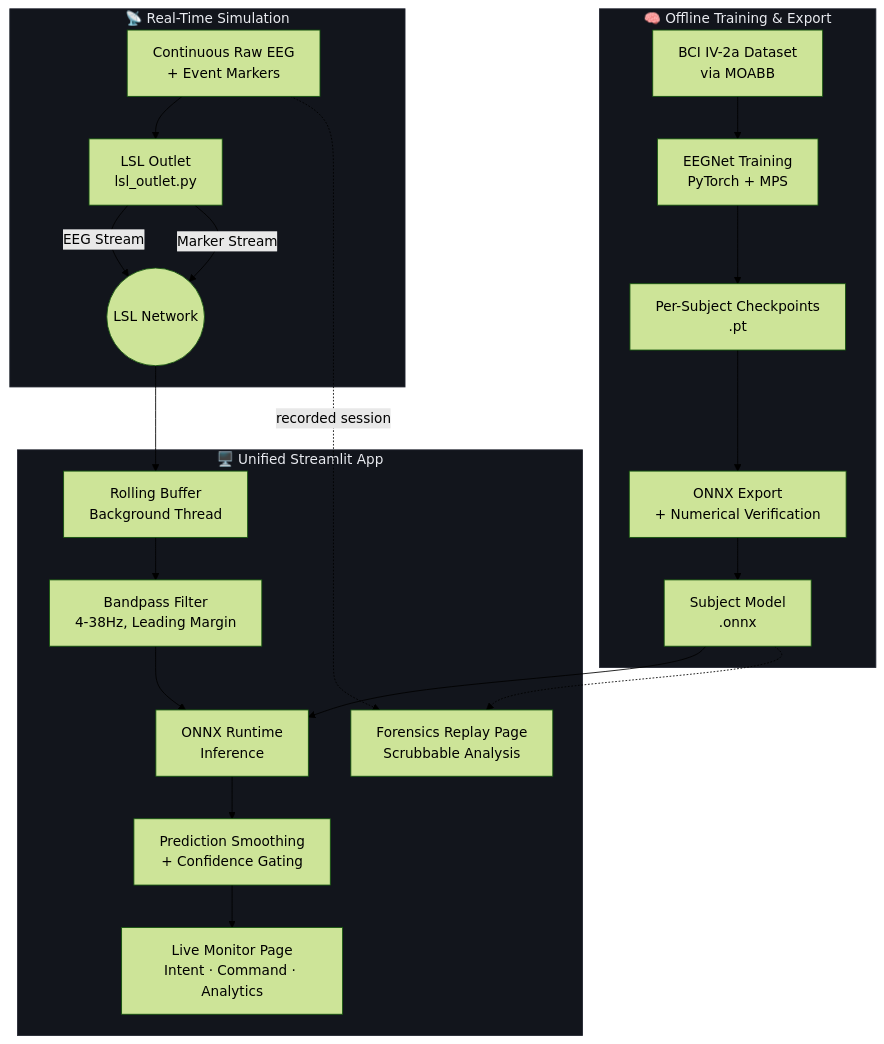
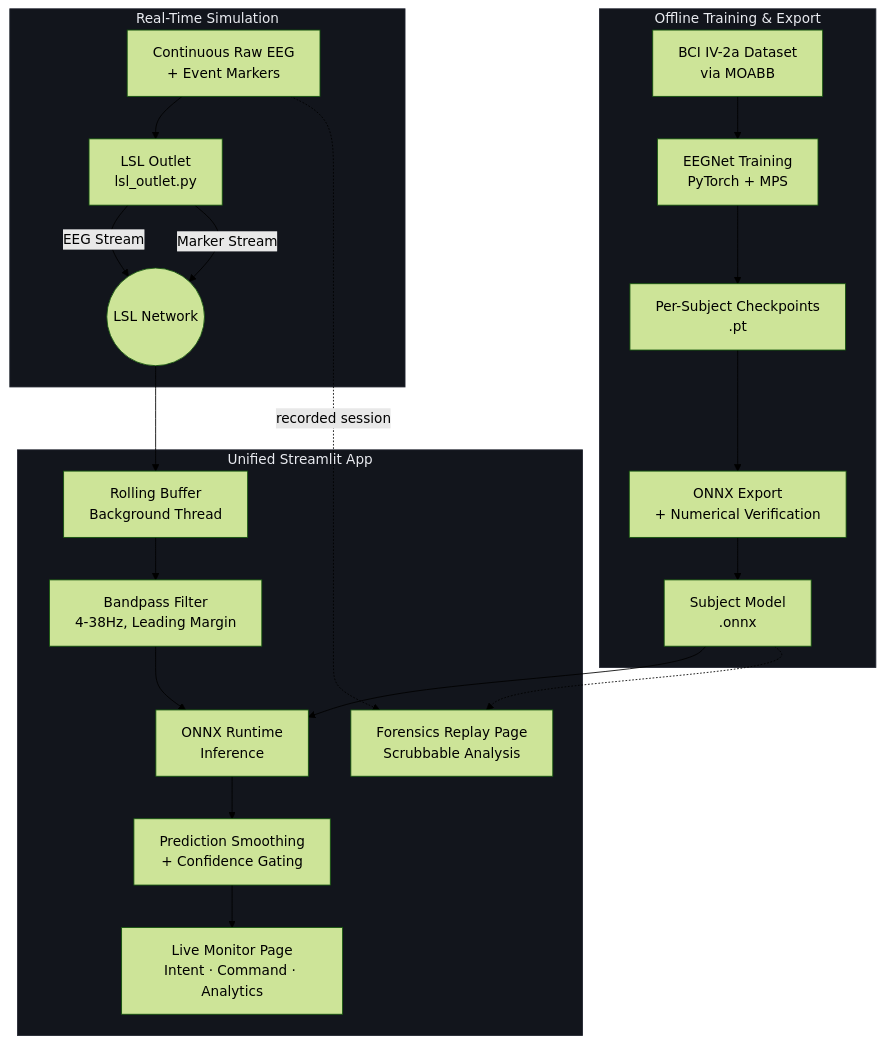
Before and after one commit to BurhanxGodhra/mi-bci-pipeline: the diagram in README.md, drawn with Mermaid (forest theme).

Commit message:
Update README with project details and badges

````diff
--- a/README.md
+++ b/README.md
@@ -26,30 +26,30 @@
 ```mermaid
 graph TD
-    subgraph Offline["🧠 Offline Training & Export"]
+    subgraph Offline["Offline Training & Export"]
         A[BCI IV-2a Dataset<br/>via MOABB] --> B[EEGNet Training<br/>PyTorch + MPS]
         B --> C[Per-Subject Checkpoints<br/>.pt]
         C --> D[ONNX Export<br/>+ Numerical Verification]
         D --> E[Subject Model<br/>.onnx]
     end
 
-    subgraph Streaming["📡 Real-Time Simulation"]
+    subgraph Streaming["Real-Time Simulation"]
         F[Continuous Raw EEG<br/>+ Event Markers] --> G[LSL Outlet<br/>lsl_outlet.py]
         G -->|EEG Stream| H((LSL Network))
         G -->|Marker Stream| H
     end
 
-    subgraph App["🖥️ Unified Streamlit App"]
+    subgraph App["Unified Streamlit App"]
         H --> I[Rolling Buffer<br/>Background Thread]
         I --> J[Bandpass Filter<br/>4-38Hz, Leading Margin]
         E --> K[ONNX Runtime<br/>Inference]
         J --> K
         K --> L[Prediction Smoothing<br/>+ Confidence Gating]
         L --> M[Live Monitor Page<br/>Intent · Command · Analytics]
         F -.recorded session.-> N[Forensics Replay Page<br/>Scrubbable Analysis]
         E -.-> N
     end
 
     style Offline fill:#12151C,stroke:#1F232D,color:#E9EBF0
     style Streaming fill:#12151C,stroke:#1F232D,color:#E9EBF0
     style App fill:#12151C,stroke:#1F232D,color:#E9EBF0
 ```
````
